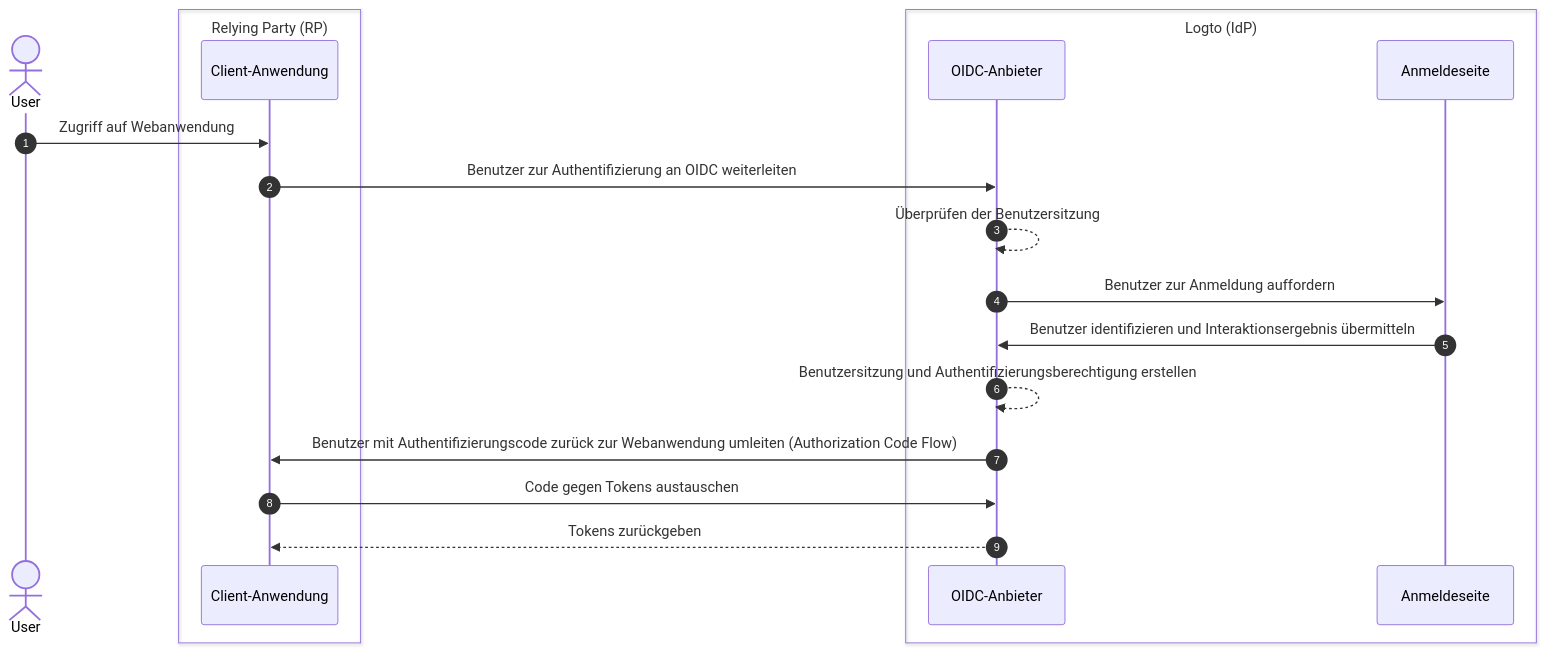
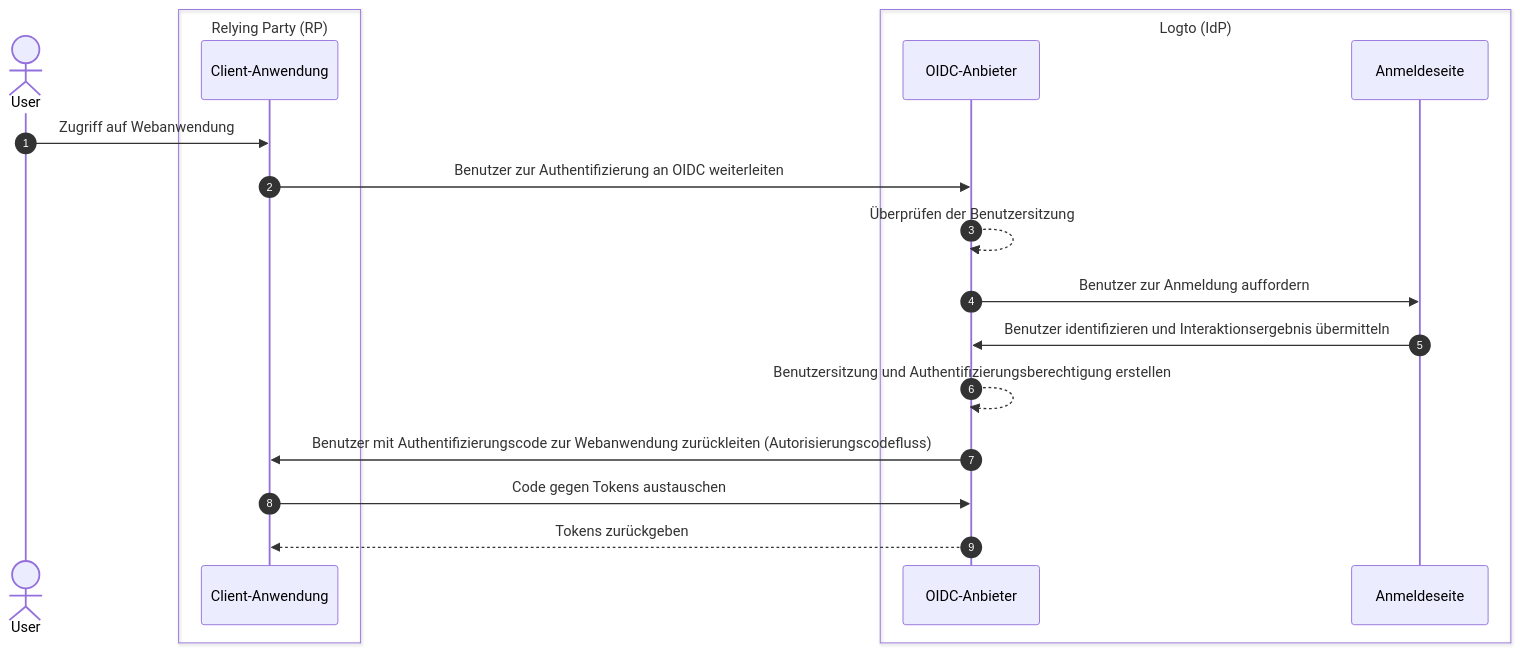
The first of 3 diagrams in i18n/de/docusaurus-plugin-content-docs/current/end-user-flows/sign-out.mdx (logto-io/docs), drawn with Mermaid before and after one commit. The commit also changed other lines of this file and 428 other files, not shown here.

````diff
--- a/i18n/de/docusaurus-plugin-content-docs/current/end-user-flows/sign-out.mdx
+++ b/i18n/de/docusaurus-plugin-content-docs/current/end-user-flows/sign-out.mdx
@@ -13,24 +13,24 @@
 ```mermaid
   sequenceDiagram
     autonumber
     actor User
 
     box Relying Party (RP)
       participant Client as Client-Anwendung
     end
 
     box Logto (IdP)
       participant OIDC as OIDC-Anbieter
       participant SignIn as Anmeldeseite
     end
 
     User ->> Client: Zugriff auf Webanwendung
     Client ->> OIDC: Benutzer zur Authentifizierung an OIDC weiterleiten
     OIDC -->> OIDC: Überprüfen der Benutzersitzung
     OIDC ->> SignIn: Benutzer zur Anmeldung auffordern
     SignIn ->> OIDC: Benutzer identifizieren und Interaktionsergebnis übermitteln
     OIDC -->> OIDC: Benutzersitzung und Authentifizierungsberechtigung erstellen
-    OIDC ->> Client: Benutzer mit Authentifizierungscode zurück zur Webanwendung umleiten (Authorization Code Flow)
+    OIDC ->> Client: Benutzer mit Authentifizierungscode zur Webanwendung zurückleiten (Autorisierungscodefluss)
     Client ->> OIDC: Code gegen Tokens austauschen
     OIDC -->> Client: Tokens zurückgeben
 ```
````
